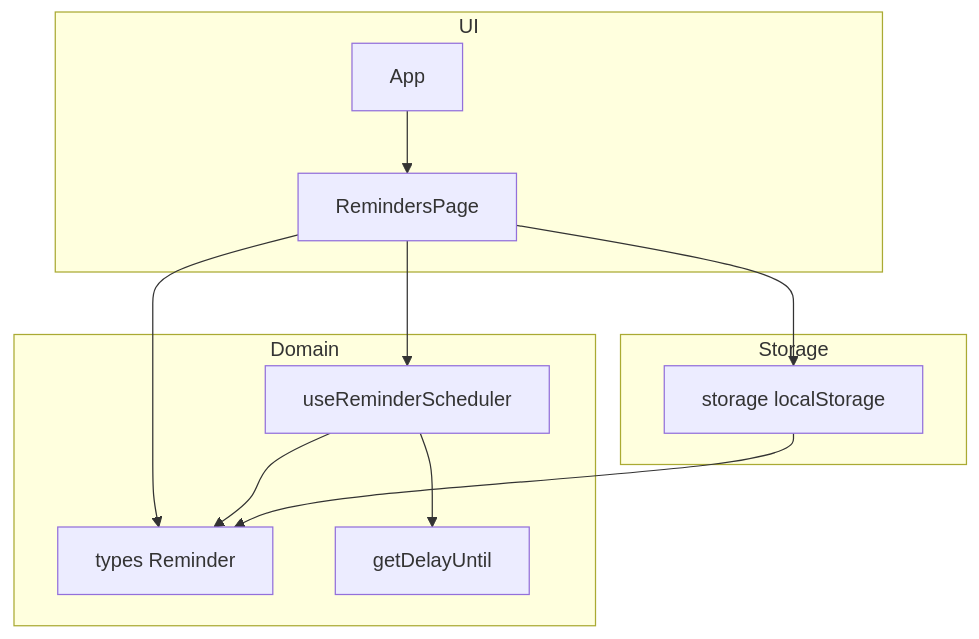
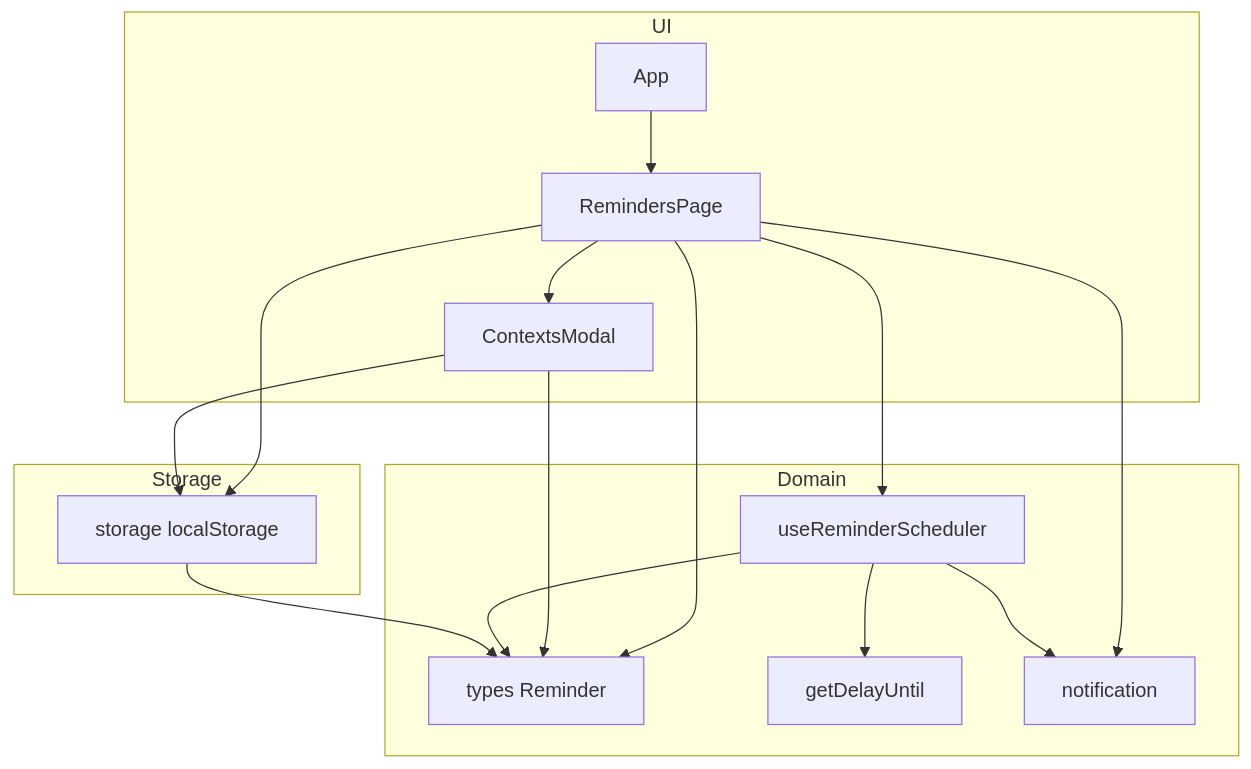
One commit to tgafiulin/reminder-app changed the diagram in .kilocode/rules/memory-bank/architecture.md. Above: the diagram before and after it, drawn with Mermaid. The commit also changed other lines of this file and 3 other files, not shown here.

````diff
--- a/.kilocode/rules/memory-bank/architecture.md
+++ b/.kilocode/rules/memory-bank/architecture.md
@@ -208,25 +301,32 @@
 ```mermaid
 flowchart TD
   subgraph UI
     A[App]
     B[RemindersPage]
+    C[ContextsModal]
   end
 
   subgraph Domain
-    C[types Reminder]
-    D[useReminderScheduler]
-    E[getDelayUntil]
+    D[types Reminder]
+    E[useReminderScheduler]
+    F[getDelayUntil]
+    G[notification]
   end
 
   subgraph Storage
-    F[storage localStorage]
+    H[storage localStorage]
   end
 
   A --> B
   B --> C
   B --> D
-  B --> F
-  D --> C
-  D --> E
-  F --> C
+  B --> E
+  B --> G
+  B --> H
+  C --> D
+  C --> H
+  E --> D
+  E --> F
+  E --> G
+  H --> D
 ```
````
